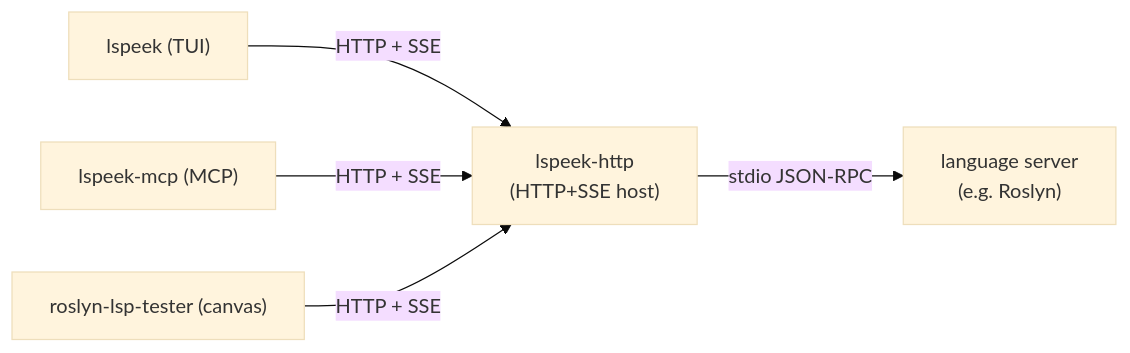
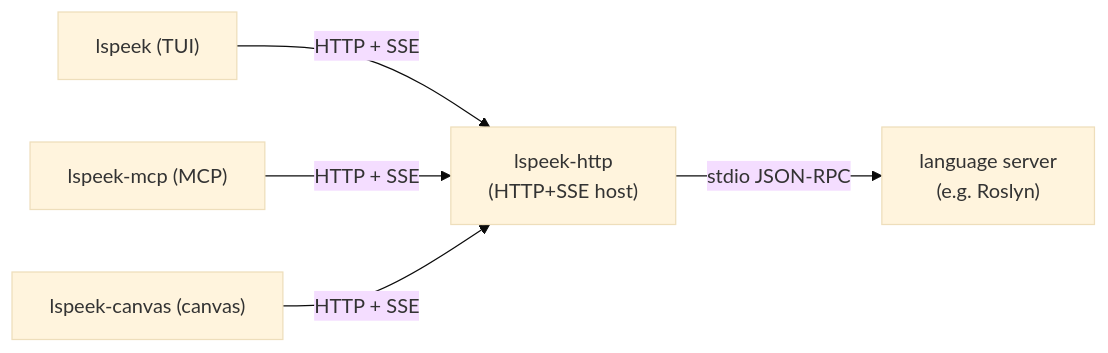
The diagram in README.md (dibarbet/lspeek), drawn with Mermaid (base theme) before and after one commit. The commit also changed other lines of this file and 5 other files, not shown here.

First line of the commit message:
Rename canvas to lspeek-canvas and generalize to any LSP; split skill

````diff
--- a/README.md
+++ b/README.md
@@ -21,7 +21,7 @@
 ```mermaid
 flowchart LR
     TUI["lspeek (TUI)"] -->|HTTP + SSE| BE
     MCP["lspeek-mcp (MCP)"] -->|HTTP + SSE| BE
-    CANVAS["roslyn-lsp-tester (canvas)"] -->|HTTP + SSE| BE
+    CANVAS["lspeek-canvas (canvas)"] -->|HTTP + SSE| BE
     BE["lspeek-http<br/>(HTTP+SSE host)"] -->|stdio JSON-RPC| LSP["language server<br/>(e.g. Roslyn)"]
 ```
````
